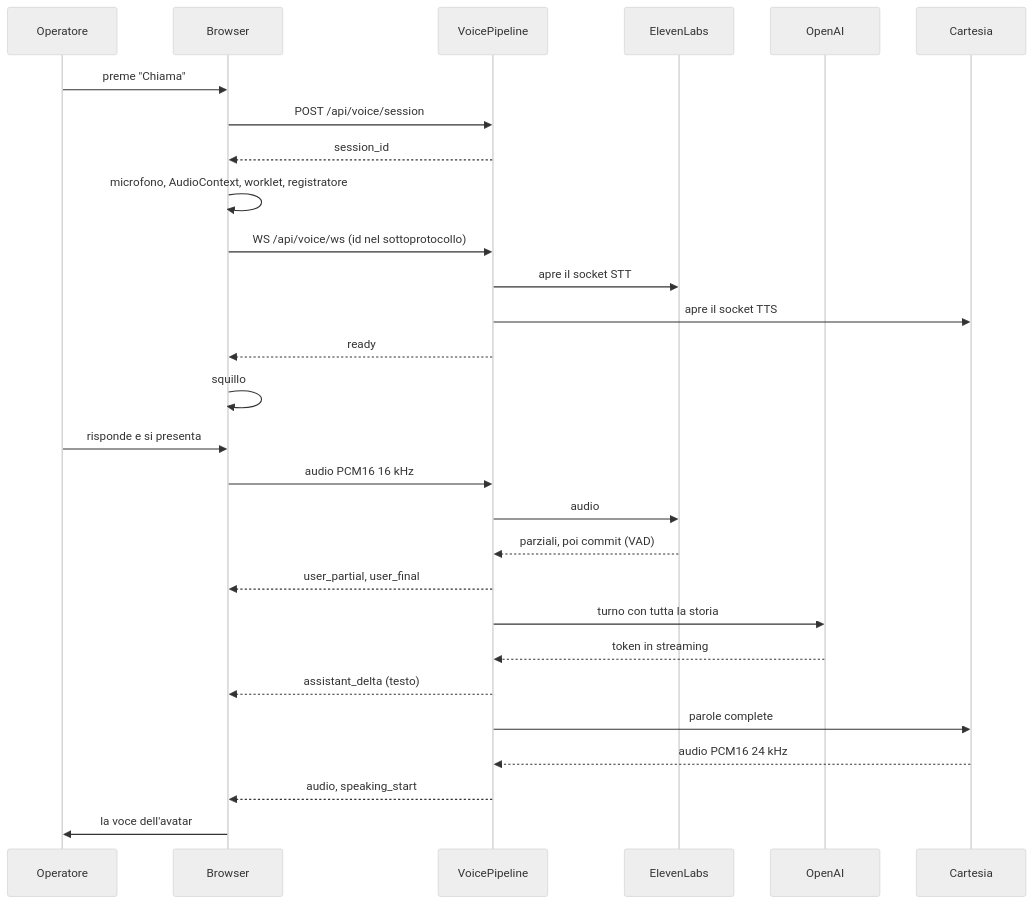
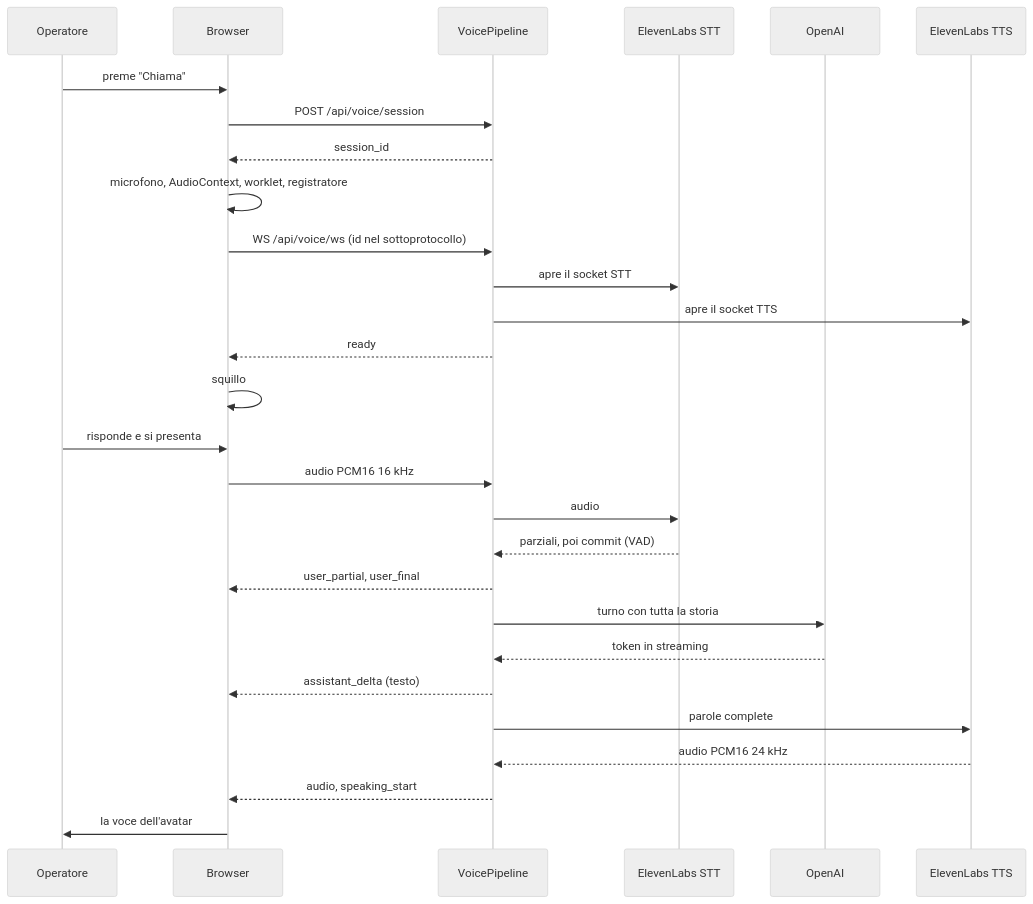
Before and after one commit to DavideZanellato99/SkillLab: the first of 2 diagrams in docs/chiamata-vocale.md, drawn with Mermaid (neutral theme). The commit also changed other lines of this file and 58 other files, not shown here.

Commit message:
cambiamento ui simulatore tecnico e messo eleven labs anche come tts

````diff
--- a/docs/chiamata-vocale.md
+++ b/docs/chiamata-vocale.md
@@ -10,31 +10,31 @@
 ```mermaid
 sequenceDiagram
     participant O as Operatore
     participant B as Browser
     participant P as VoicePipeline
-    participant E as ElevenLabs
+    participant E as ElevenLabs STT
     participant L as OpenAI
-    participant C as Cartesia
+    participant C as ElevenLabs TTS
 
     O->>B: preme "Chiama"
     B->>P: POST /api/voice/session
     P-->>B: session_id
     B->>B: microfono, AudioContext, worklet, registratore
     B->>P: WS /api/voice/ws (id nel sottoprotocollo)
     P->>E: apre il socket STT
     P->>C: apre il socket TTS
     P-->>B: ready
     B->>B: squillo
     O->>B: risponde e si presenta
     B->>P: audio PCM16 16 kHz
     P->>E: audio
     E-->>P: parziali, poi commit (VAD)
     P-->>B: user_partial, user_final
     P->>L: turno con tutta la storia
     L-->>P: token in streaming
     P-->>B: assistant_delta (testo)
     P->>C: parole complete
     C-->>P: audio PCM16 24 kHz
     P-->>B: audio, speaking_start
     B->>O: la voce dell'avatar
 ```
````
